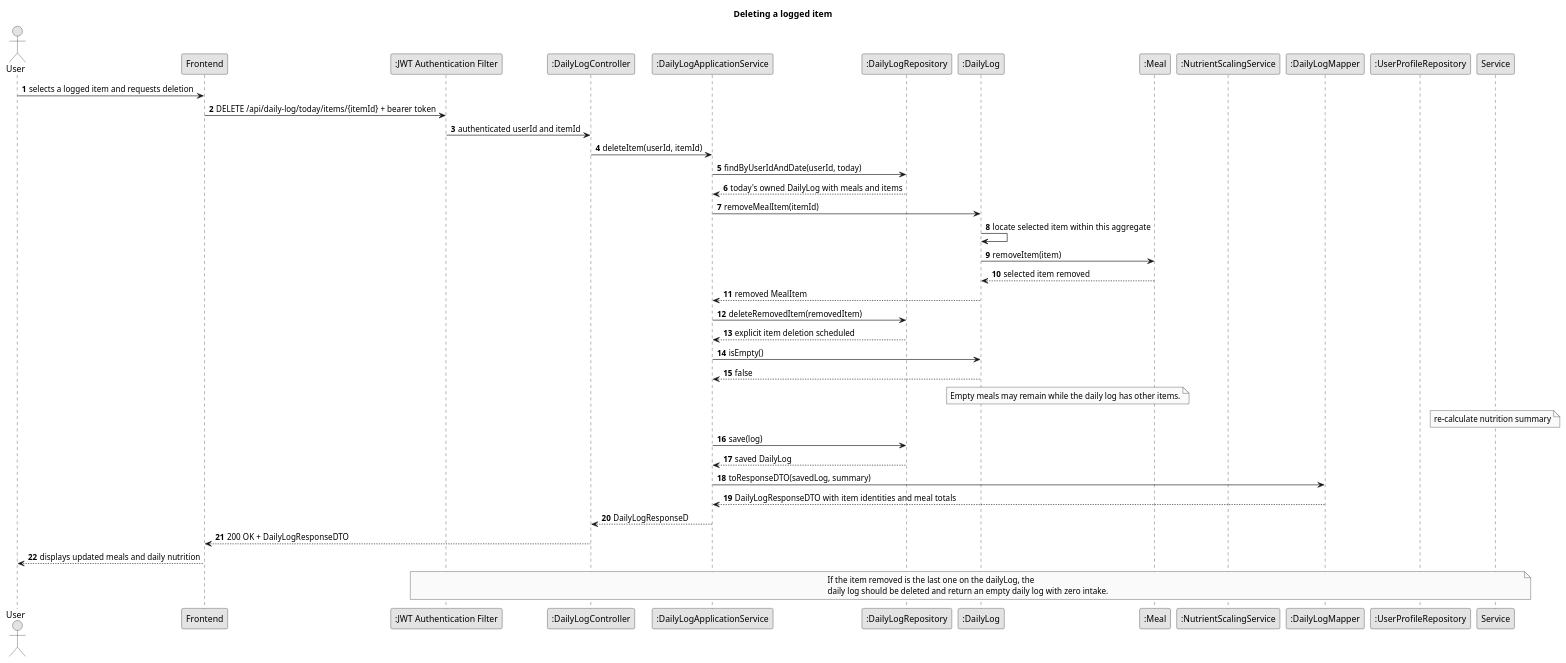
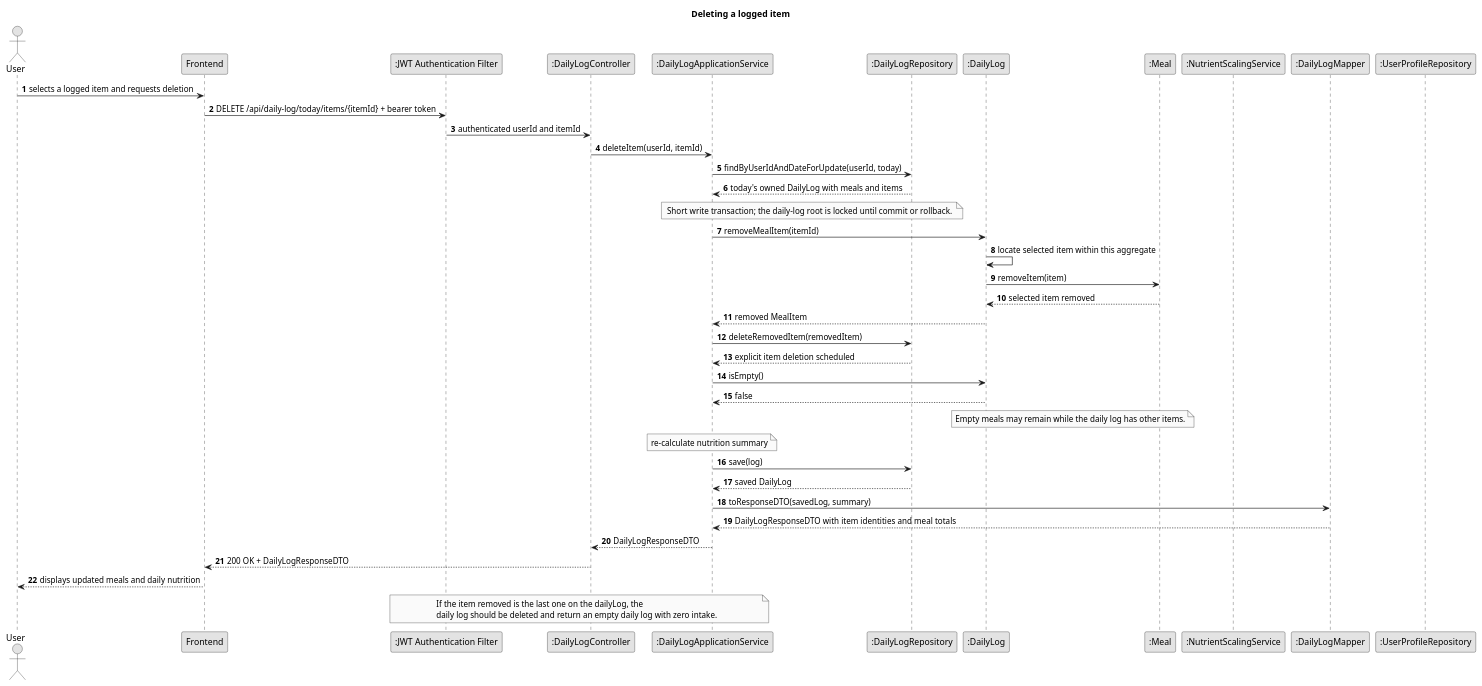
Before and after one commit to Pedro-P21/FitMaxxer: the diagram in backend/docs/US009/puml/US009_SD_3.puml, drawn with PlantUML. The commit also changed 27 other files, not shown here.

```diff
--- a/backend/docs/US009/puml/US009_SD_3.puml
+++ b/backend/docs/US009/puml/US009_SD_3.puml
@@ -1,50 +1,51 @@
 @startuml US009_SD_3
 title Deleting a logged item
 autonumber
 skinparam monochrome true
 skinparam shadowing false
 
 actor User
 participant Frontend as UI
 participant ":JWT Authentication Filter" as Auth
 participant ":DailyLogController" as Ctrl
 participant ":DailyLogApplicationService" as Svc
 participant ":DailyLogRepository" as Repo
 participant ":DailyLog" as Log
 participant ":Meal" as Meal
 participant ":NutrientScalingService" as Scaling
 participant ":DailyLogMapper" as Mapper
 participant ":UserProfileRepository" as Profiles
 
 
 User -> UI : selects a logged item and requests deletion
 UI -> Auth : DELETE /api/daily-log/today/items/{itemId} + bearer token
 Auth -> Ctrl : authenticated userId and itemId
 Ctrl -> Svc : deleteItem(userId, itemId)
-Svc -> Repo : findByUserIdAndDate(userId, today)
+Svc -> Repo : findByUserIdAndDateForUpdate(userId, today)
 Repo --> Svc : today's owned DailyLog with meals and items
+note over Svc, Repo : Short write transaction; the daily-log root is locked until commit or rollback.
 Svc -> Log : removeMealItem(itemId)
 Log -> Log : locate selected item within this aggregate
 Log -> Meal : removeItem(item)
 Meal --> Log : selected item removed
 Log --> Svc : removed MealItem
 Svc -> Repo : deleteRemovedItem(removedItem)
 Repo --> Svc : explicit item deletion scheduled
 Svc -> Log : isEmpty()
 Log --> Svc : false
 note over Log, Meal : Empty meals may remain while the daily log has other items.
 
-note over Service: re-calculate nutrition summary
+note over Svc: re-calculate nutrition summary
 Svc -> Repo : save(log)
 Repo --> Svc : saved DailyLog
 Svc -> Mapper : toResponseDTO(savedLog, summary)
 Mapper --> Svc : DailyLogResponseDTO with item identities and meal totals
-Svc --> Ctrl : DailyLogResponseD
+Svc --> Ctrl : DailyLogResponseDTO
 Ctrl --> UI : 200 OK + DailyLogResponseDTO
 UI --> User : displays updated meals and daily nutrition
 
-note over Auth, Service
+note over Auth, Svc
 If the item removed is the last one on the dailyLog, the
 daily log should be deleted and return an empty daily log with zero intake.
 end note
 @enduml
```
